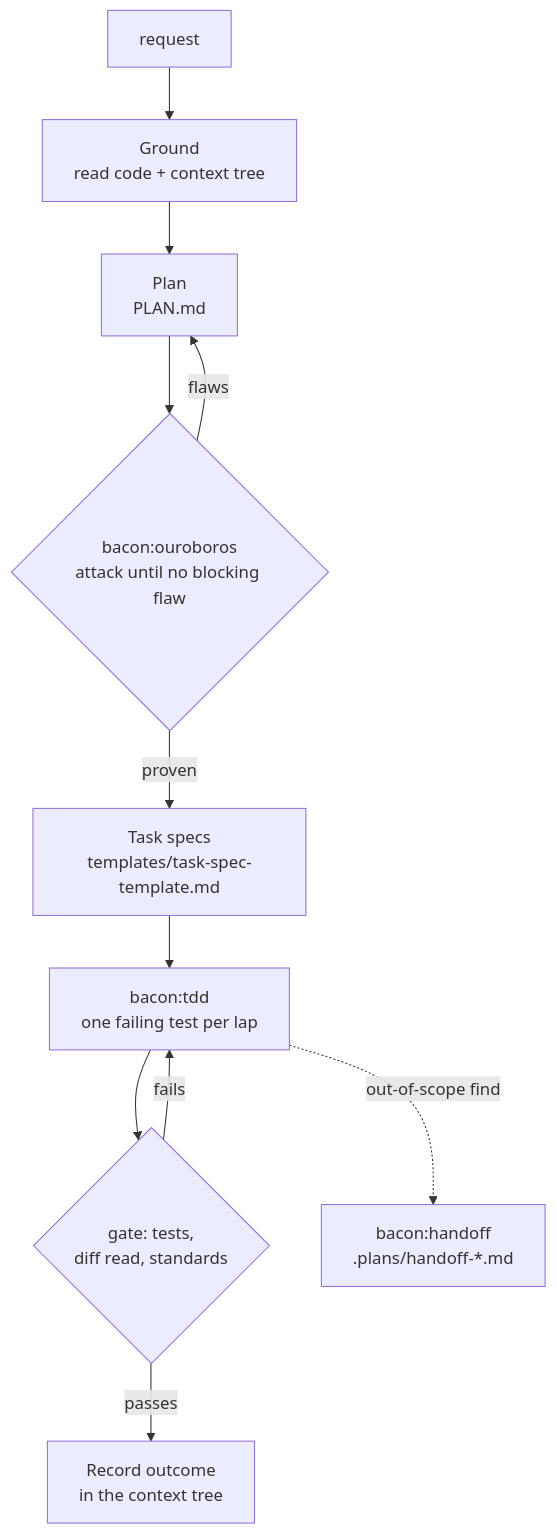
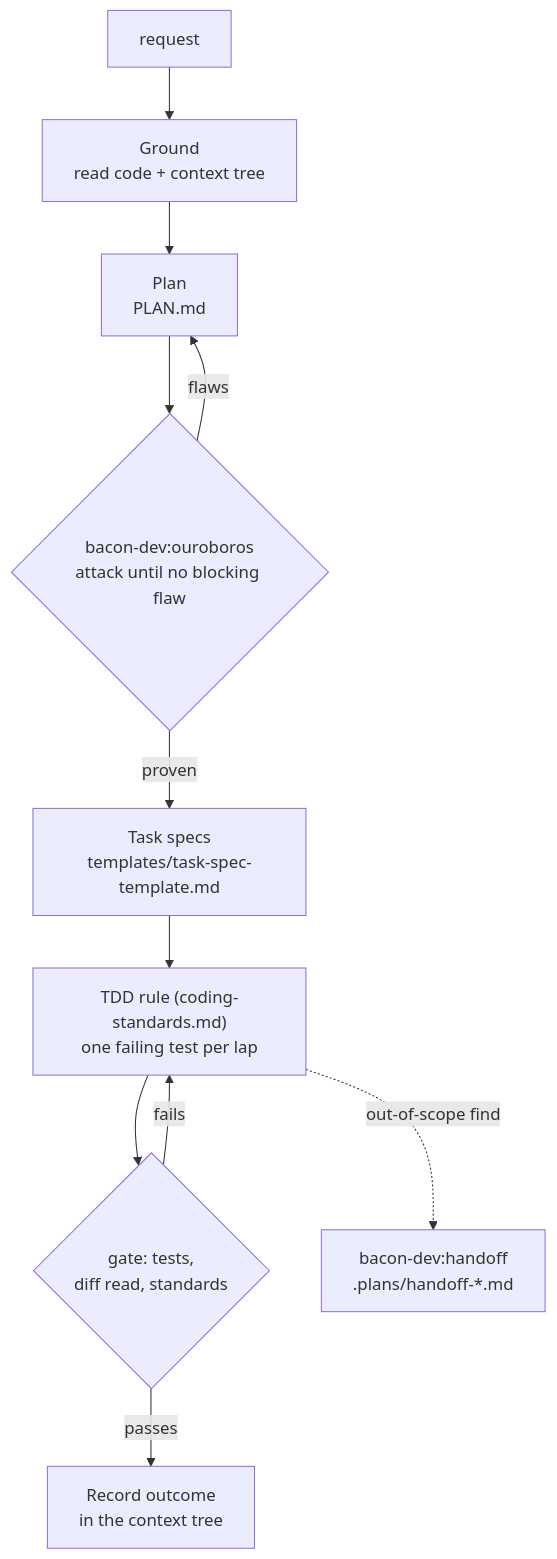
The third of 3 diagrams in docs/harness-map.md (bakonblitz-debug/ai-tools), drawn with Mermaid before and after one commit. The commit also changed other lines of this file and 29 other files, not shown here.

First line of the commit message:
coding mode: bacon-dev plugin, project-level coding set, memory checks

````diff
--- a/docs/harness-map.md
+++ b/docs/harness-map.md
@@ -238,13 +243,13 @@
 ```mermaid
 flowchart TD
   A["request"] --> G["Ground<br/>read code + context tree"]
   G --> P["Plan<br/>PLAN.md"]
-  P --> O{"bacon:ouroboros<br/>attack until no blocking flaw"}
+  P --> O{"bacon-dev:ouroboros<br/>attack until no blocking flaw"}
   O -- "flaws" --> P
   O -- "proven" --> TD["Task specs<br/>templates/task-spec-template.md"]
-  TD --> T["bacon:tdd<br/>one failing test per lap"]
+  TD --> T["TDD rule (coding-standards.md)<br/>one failing test per lap"]
   T --> GATE{"gate: tests,<br/>diff read, standards"}
   GATE -- "fails" --> T
   GATE -- "passes" --> REC["Record outcome<br/>in the context tree"]
-  T -. "out-of-scope find" .-> HO["bacon:handoff<br/>.plans/handoff-*.md"]
+  T -. "out-of-scope find" .-> HO["bacon-dev:handoff<br/>.plans/handoff-*.md"]
 ```
````
